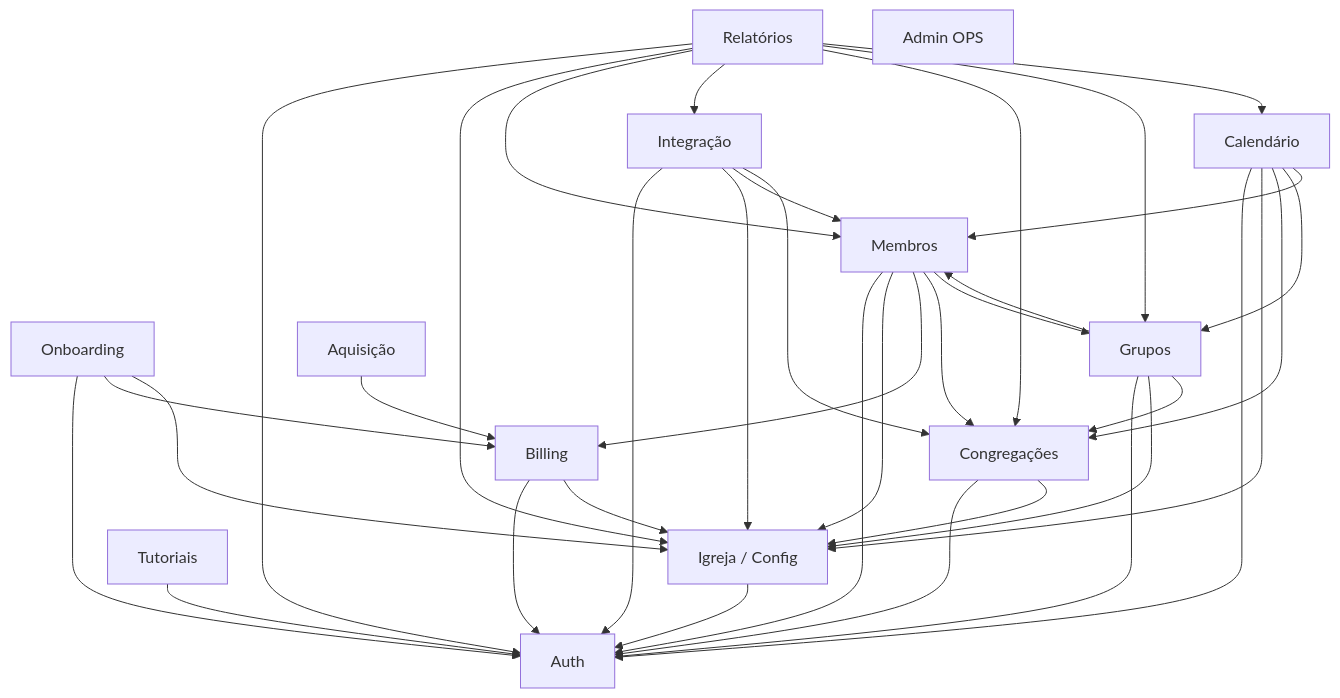
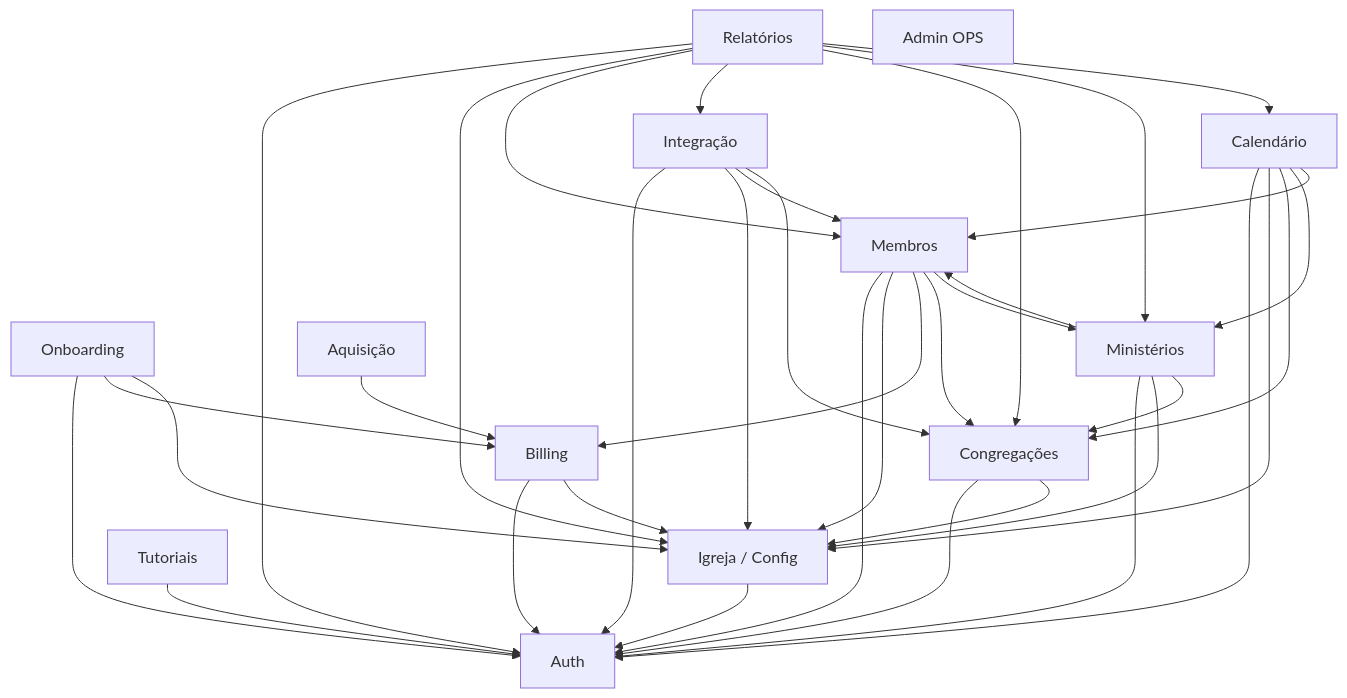
One commit to vinic-asouza/flock changed the diagram in docs/04_modulos/1-index.md. Above: the diagram before and after it, drawn with Mermaid. The commit also changed other lines of this file and 65 other files, not shown here.

First line of the commit message:
feat(ministries): substituir Grupos por Ministérios (DEV-115) (#49)

````diff
--- a/docs/04_modulos/1-index.md
+++ b/docs/04_modulos/1-index.md
@@ -31,60 +31,60 @@
 ```mermaid
 graph TD
   AUTH[Auth]
   ONB[Onboarding]
   MEM[Membros]
   INT[Integração]
   CON[Congregações]
-  GRP[Grupos]
+  GRP[Ministérios]
   CAL[Calendário]
   REL[Relatórios]
   CFG[Igreja / Config]
   BILL[Billing]
   ACQ[Aquisição]
   TUT[Tutoriais]
   OPS[Admin OPS]
 
   ONB --> AUTH
   ONB --> BILL
   ONB --> CFG
 
   MEM --> AUTH
   MEM --> CFG
   MEM --> BILL
   MEM --> CON
   MEM --> GRP
 
   INT --> AUTH
   INT --> CFG
   INT --> MEM
   INT --> CON
 
   CON --> AUTH
   CON --> CFG
 
   GRP --> AUTH
   GRP --> CFG
   GRP --> CON
   GRP --> MEM
 
   CAL --> AUTH
   CAL --> CFG
   CAL --> CON
   CAL --> GRP
   CAL --> MEM
 
   REL --> AUTH
   REL --> CFG
   REL --> MEM
   REL --> INT
   REL --> CON
   REL --> GRP
   REL --> CAL
 
   CFG --> AUTH
   BILL --> AUTH
   BILL --> CFG
 
   ACQ --> BILL
   TUT --> AUTH
 ```
````
